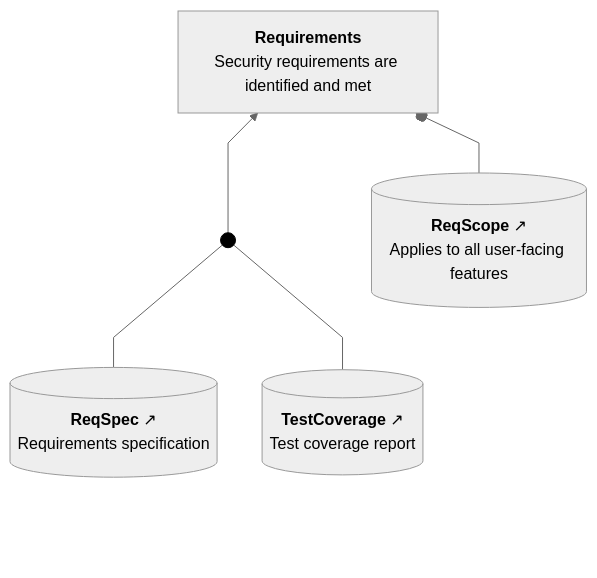
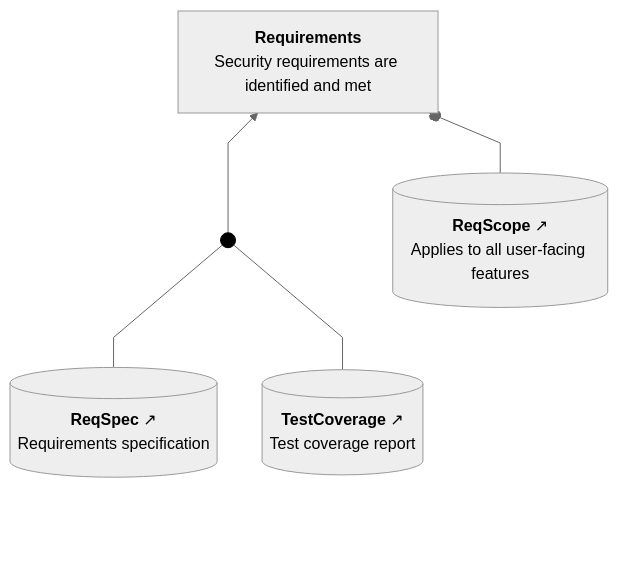
Before and after one commit to david-a-wheeler/verocase: the second of 3 diagrams in tests/fixtures/badgeapp-doc-output.expected.md, drawn with Mermaid. The commit also changed other lines of this file and 8 other files, not shown here.

First line of the commit message:
Fix GSN side-by-side rendering and use per-leaf BottomPadding nodes

````diff
--- a/tests/fixtures/badgeapp-doc-output.expected.md
+++ b/tests/fixtures/badgeapp-doc-output.expected.md
@@ -75,34 +75,34 @@
 ```mermaid
 ---
 config:
   theme: neutral
   flowchart:
     curve: linear
     htmlLabels: true
     rankSpacing: 60
     nodeSpacing: 45
     padding: 15
 ---
 flowchart BT
     classDef invisible opacity:0
     classDef sacmDot fill:#000,stroke:#000
     classDef connector fill:none,stroke:#cccccc,stroke-width:1px;
     classDef abstractClaim stroke-width:2px,stroke-dasharray: 5 5;
     Requirements["<b>Requirements</b><br>Security requirements are identified and met"]
     ReqSpec[("<b>ReqSpec</b>&nbsp;↗<br>Requirements specification")]
     TestCoverage[("<b>TestCoverage</b>&nbsp;↗<br>Test coverage report")]
     ReqScope[("<b>ReqScope</b>&nbsp;↗<br>Applies to all user-facing features")]
     Dot1((" ")):::sacmDot
     click Requirements "https://github.com/david-a-wheeler/verocase/blob/main/tests/fixtures/badgeapp-doc-output.expected.md#claim-requirements"
     click ReqSpec "https://github.com/david-a-wheeler/verocase/blob/main/tests/fixtures/badgeapp-doc-output.expected.md#evidence-reqspec"
     click TestCoverage "https://github.com/david-a-wheeler/verocase/blob/main/tests/fixtures/badgeapp-doc-output.expected.md#evidence-testcoverage"
     click ReqScope "https://github.com/david-a-wheeler/verocase/blob/main/tests/fixtures/badgeapp-doc-output.expected.md#context-reqscope"
 
-    BottomPadding[ ]:::invisible ~~~ ReqSpec
-    BottomPadding ~~~ TestCoverage
-    BottomPadding ~~~ ReqScope
+    BottomPadding1[ ]:::invisible ~~~ ReqSpec
+    BottomPadding2[ ]:::invisible ~~~ TestCoverage
+    BottomPadding3[ ]:::invisible ~~~ ReqScope
     ReqSpec --- Dot1
     TestCoverage --- Dot1
     Dot1 --> Requirements
     ReqScope --o Requirements
 ```
````
